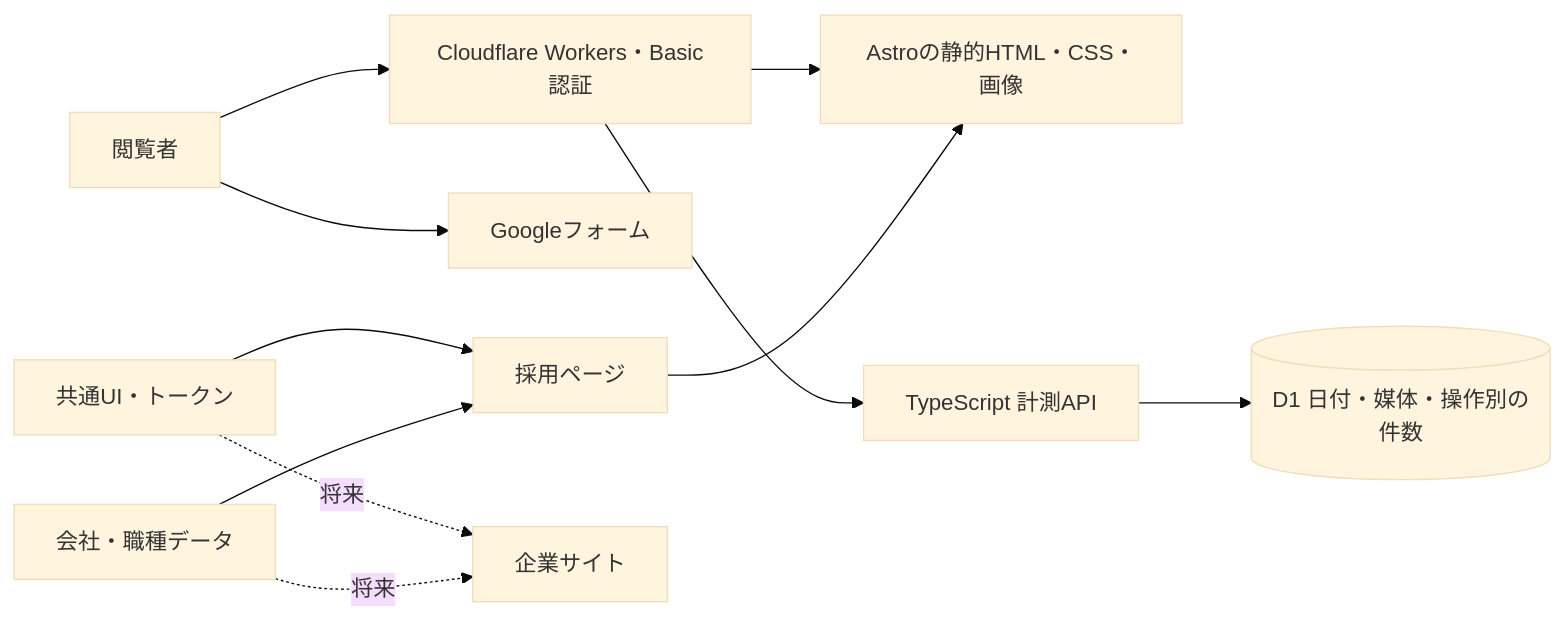
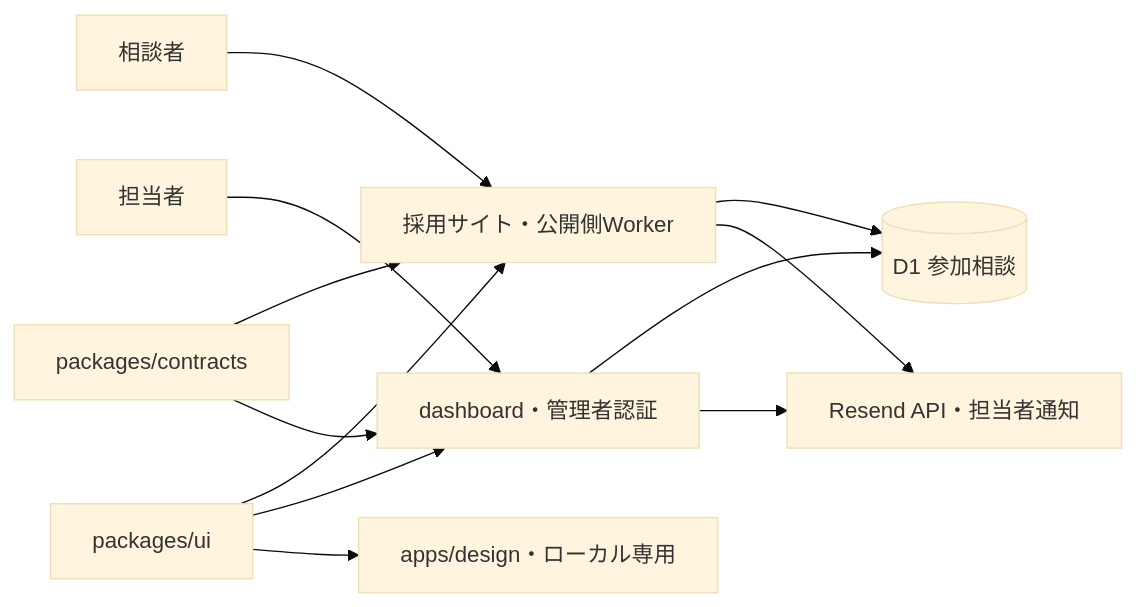
The first of 2 diagrams in docs/architecture.md (okinawakaigo/web), drawn with Mermaid (base theme) before and after one commit. The commit also changed other lines of this file and 91 other files, not shown here.

````diff
--- a/docs/architecture.md
+++ b/docs/architecture.md
@@ -11,13 +11,14 @@
 ```mermaid
 flowchart LR
-  Visitor[閲覧者] --> Edge[Cloudflare Workers・Basic認証]
-  Edge --> Assets[Astroの静的HTML・CSS・画像]
-  Edge --> API[TypeScript 計測API]
-  API --> D1[(D1 日付・媒体・操作別の件数)]
-  Visitor --> Contact[Googleフォーム]
-  UI[共通UI・トークン] --> Recruit[採用ページ]
-  Content[会社・職種データ] --> Recruit
-  Recruit --> Assets
-  UI -. 将来 .-> Corporate[企業サイト]
-  Content -. 将来 .-> Corporate
+  Visitor[相談者] --> Recruit[採用サイト・公開側Worker]
+  Recruit --> D1[(D1 参加相談)]
+  Recruit --> Resend[Resend API・担当者通知]
+  Staff[担当者] --> Admin[dashboard・管理者認証]
+  Admin --> D1
+  Admin --> Resend
+  UI[packages/ui] --> Recruit
+  UI --> Admin
+  UI --> Design[apps/design・ローカル専用]
+  Contract[packages/contracts] --> Recruit
+  Contract --> Admin
 ```
````
